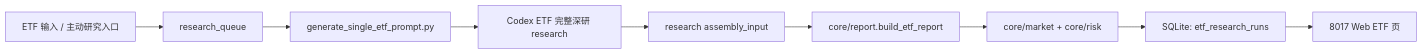
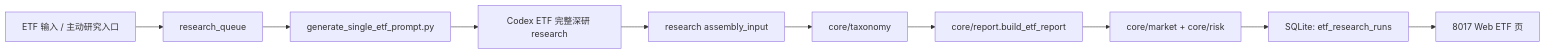
One commit to imherro/MyInvestETF changed the diagram in docs/ARCHITECTURE.md. Above: the diagram before and after it, drawn with Mermaid. The commit also changed other lines of this file and 17 other files, not shown here.

Commit message:
Add ETF taxonomy profile layer

````diff
--- a/docs/ARCHITECTURE.md
+++ b/docs/ARCHITECTURE.md
@@ -19,11 +20,12 @@
 ```mermaid
 flowchart LR
   A["ETF 输入 / 主动研究入口"] --> B["research_queue"]
   B --> C["generate_single_etf_prompt.py"]
   C --> D["Codex ETF 完整深研 research"]
   D --> E["research assembly_input"]
-  E --> F["core/report.build_etf_report"]
+  E --> T["core/taxonomy"]
+  T --> F["core/report.build_etf_report"]
   F --> M["core/market + core/risk"]
   M --> G["SQLite: etf_research_runs"]
   G --> H["8017 Web ETF 页"]
 ```
````
